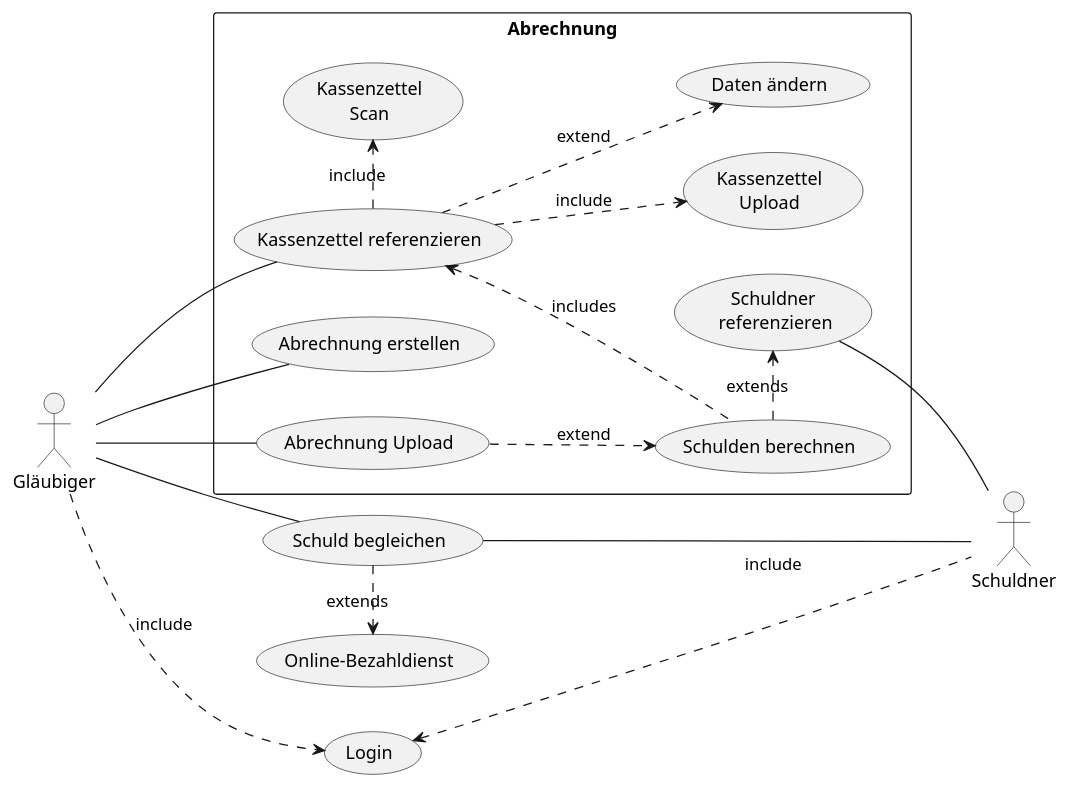
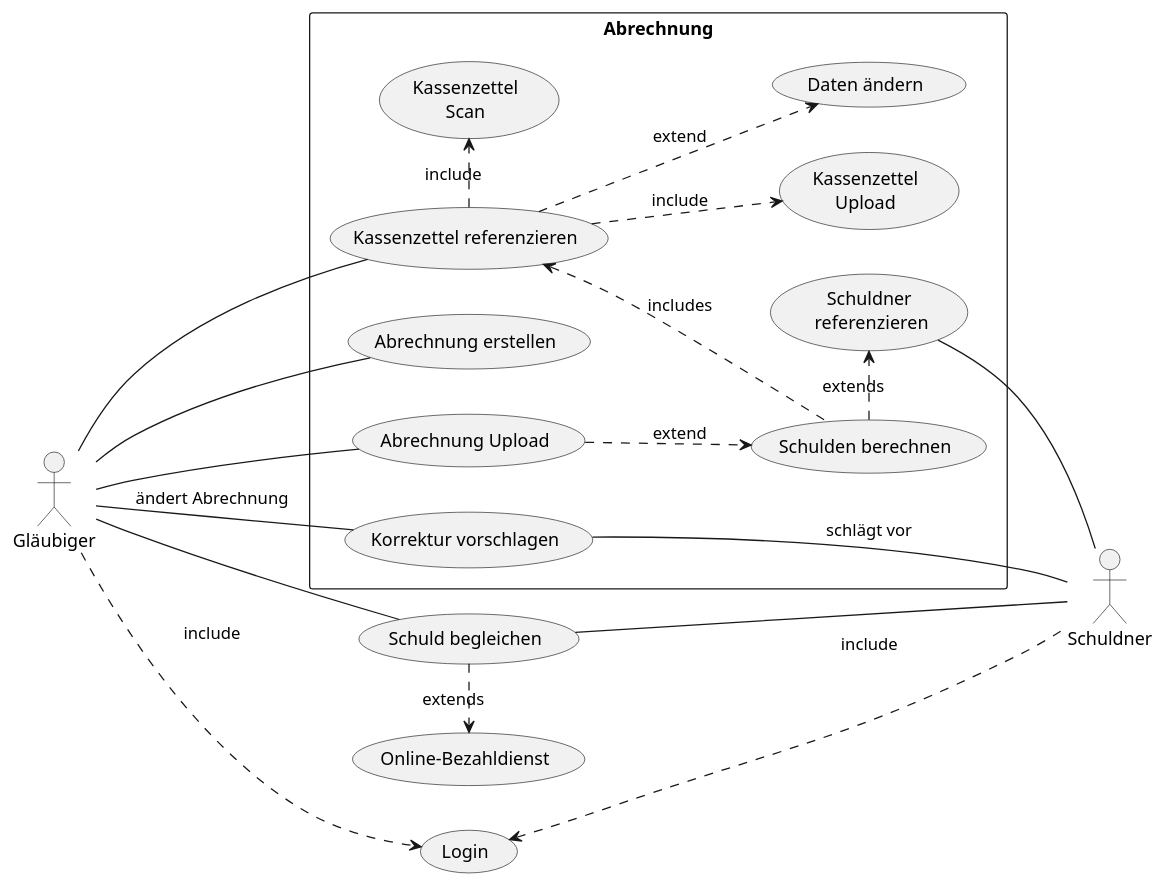
The diagram in M2/UML/UC_Abrechnung.puml (jomehr/SS18WeinrebeMehr), drawn with PlantUML before and after one commit. The commit also changed 1 other file, not shown here.

Commit message:
Edit Use Case Abrechnung

```diff
--- a/M2/UML/UC_Abrechnung.puml
+++ b/M2/UML/UC_Abrechnung.puml
@@ -1,28 +1,30 @@
 @startuml
 skinparam packageStyle rectangle
 actor Gläubiger
 actor Schuldner
 
 Gläubiger ..>(Login):include
 (Login)<...(Schuldner):include
 Gläubiger--(Schuld begleichen)
 (Schuld begleichen)-Schuldner
 (Schuld begleichen).> (Online-Bezahldienst):extends
 
 
 rectangle Abrechnung {
 left to right direction
 
 Gläubiger--(Abrechnung erstellen)
 Gläubiger--(Kassenzettel referenzieren)
     (Kassenzettel referenzieren).> (Kassenzettel\nScan):include
     (Kassenzettel referenzieren)..> (Kassenzettel\nUpload):include
     (Kassenzettel referenzieren)..> (Daten ändern):extend
     (Kassenzettel referenzieren)<..(Schulden berechnen):includes
  Gläubiger--(Abrechnung Upload)
     (Abrechnung Upload)..>(Schulden berechnen):extend
         (Schulden berechnen).>(Schuldner\n referenzieren):extends
             (Schuldner\n referenzieren)--Schuldner
+ (Korrektur vorschlagen)--Schuldner:schlägt vor
+ (Korrektur vorschlagen)--Gläubiger:ändert Abrechnung
 }
 
 @enduml
```
